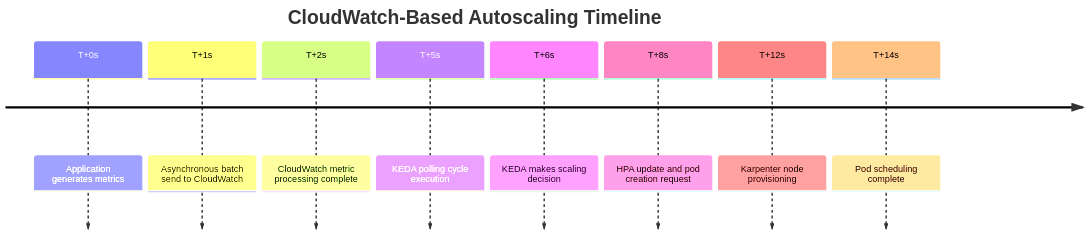
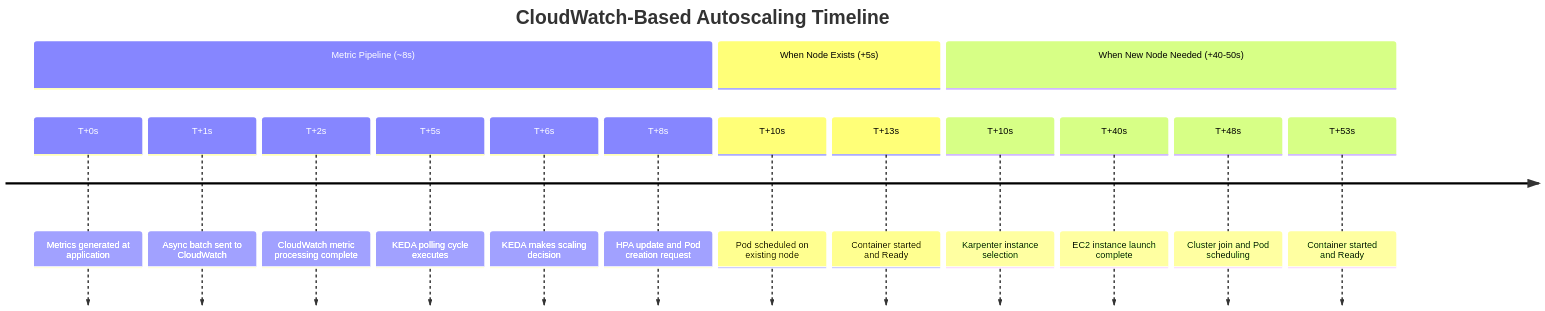
The sixth of 33 diagrams in i18n/en/docusaurus-plugin-content-docs/current/infrastructure-optimization/karpenter-autoscaling.md (devfloor9/engineering-playbook), drawn with Mermaid before and after one commit. The commit also changed other lines of this file and 43 other files, not shown here.

````diff
--- a/i18n/en/docusaurus-plugin-content-docs/current/infrastructure-optimization/karpenter-autoscaling.md
+++ b/i18n/en/docusaurus-plugin-content-docs/current/infrastructure-optimization/karpenter-autoscaling.md
@@ -178,13 +407,22 @@
 ```mermaid
 timeline
     title CloudWatch-Based Autoscaling Timeline
 
-    T+0s  : Application generates metrics
-    T+1s  : Asynchronous batch send to CloudWatch
-    T+2s  : CloudWatch metric processing complete
-    T+5s  : KEDA polling cycle execution
-    T+6s  : KEDA makes scaling decision
-    T+8s  : HPA update and pod creation request
-    T+12s : Karpenter node provisioning
-    T+14s : Pod scheduling complete
+    section Metric Pipeline (~8s)
+        T+0s  : Metrics generated at application
+        T+1s  : Async batch sent to CloudWatch
+        T+2s  : CloudWatch metric processing complete
+        T+5s  : KEDA polling cycle executes
+        T+6s  : KEDA makes scaling decision
+        T+8s  : HPA update and Pod creation request
+
+    section When Node Exists (+5s)
+        T+10s : Pod scheduled on existing node
+        T+13s : Container started and Ready
+
+    section When New Node Needed (+40-50s)
+        T+10s : Karpenter instance selection
+        T+40s : EC2 instance launch complete
+        T+48s : Cluster join and Pod scheduling
+        T+53s : Container started and Ready
 ```
````
